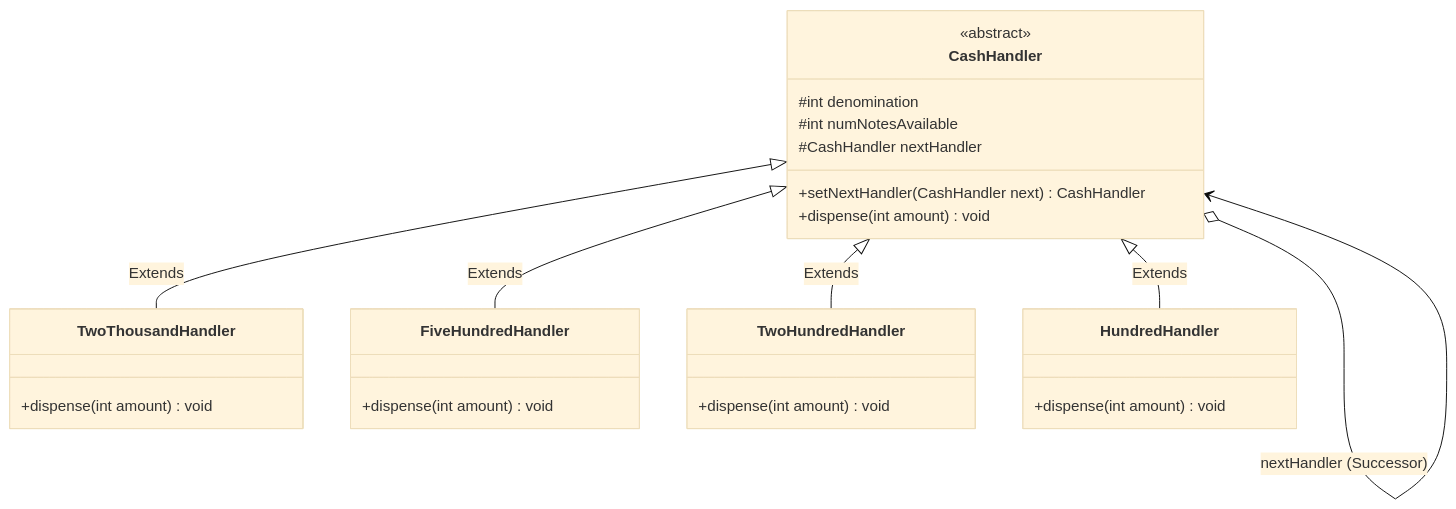
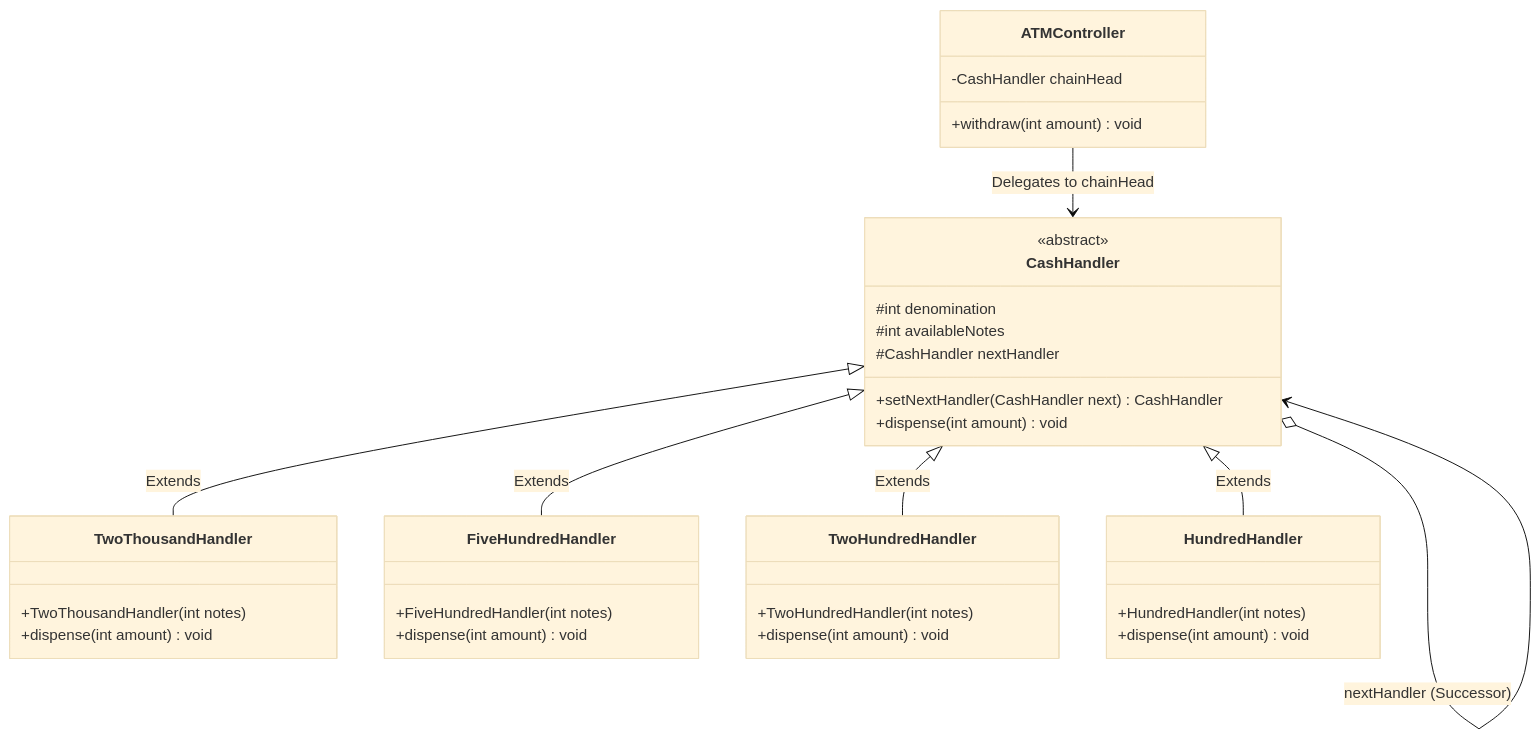
Before and after one commit to rohithgowda18/Notes: the fourth of 5 diagrams in 04-OOPs-and-Design-Patterns/03-Design-Patterns/22-Chain-of-Responsibility-Pattern.md, drawn with Mermaid (base theme). The commit also changed other lines of this file and 30 other files, not shown here.

````diff
--- a/04-OOPs-and-Design-Patterns/03-Design-Patterns/22-Chain-of-Responsibility-Pattern.md
+++ b/04-OOPs-and-Design-Patterns/03-Design-Patterns/22-Chain-of-Responsibility-Pattern.md
@@ -25,30 +117,43 @@
 ```mermaid
 classDiagram
     class CashHandler {
         <<abstract>>
         #int denomination
-        #int numNotesAvailable
+        #int availableNotes
         #CashHandler nextHandler
         +setNextHandler(CashHandler next) CashHandler
         +dispense(int amount) void
     }
 
     class TwoThousandHandler {
+        +TwoThousandHandler(int notes)
         +dispense(int amount) void
     }
+
     class FiveHundredHandler {
+        +FiveHundredHandler(int notes)
         +dispense(int amount) void
     }
+
     class TwoHundredHandler {
+        +TwoHundredHandler(int notes)
         +dispense(int amount) void
     }
+
     class HundredHandler {
+        +HundredHandler(int notes)
         +dispense(int amount) void
+    }
+
+    class ATMController {
+        -CashHandler chainHead
+        +withdraw(int amount) void
     }
 
     CashHandler <|-- TwoThousandHandler : Extends
     CashHandler <|-- FiveHundredHandler : Extends
     CashHandler <|-- TwoHundredHandler : Extends
     CashHandler <|-- HundredHandler : Extends
     CashHandler o--> CashHandler : nextHandler (Successor)
+    ATMController --> CashHandler : Delegates to chainHead
 ```
````
